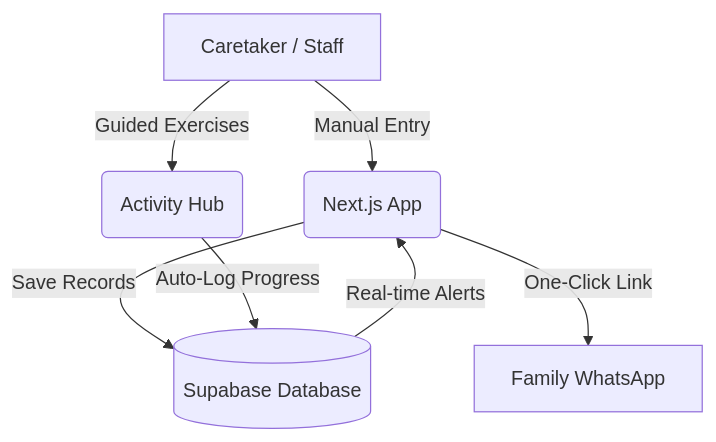
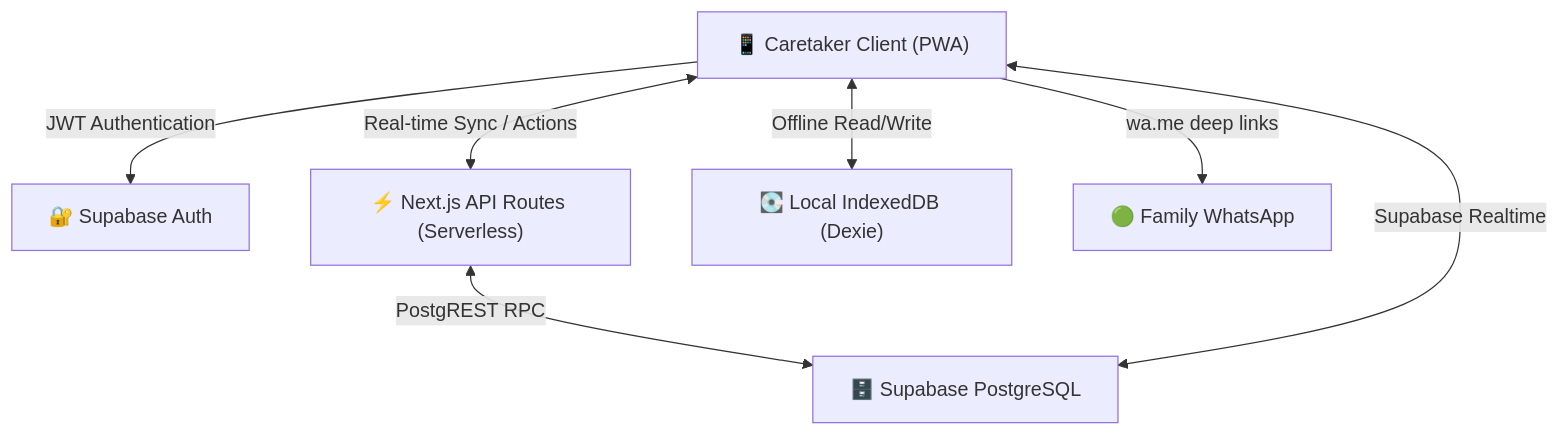
One commit to Aditya1kumbhar/SevaCare changed the diagram in README.md. Above: the diagram before and after it, drawn with Mermaid. The commit also changed other lines of this file and 2 other files, not shown here.

````diff
--- a/README.md
+++ b/README.md
@@ -31,9 +71,15 @@
 ```mermaid
 graph TD
-    A[Caretaker / Staff] -->|Manual Entry| B(Next.js App)
-    A -->|Guided Exercises| C(Activity Hub)
-    B -->|Save Records| D[(Supabase Database)]
-    B -->|One-Click Link| E[Family WhatsApp]
-    C -->|Auto-Log Progress| D
-    D -->|Real-time Alerts| B
+    Client["📱 Caretaker Client (PWA)"] 
+    Auth["🔐 Supabase Auth"]
+    DB["🗄️ Supabase PostgreSQL"]
+    NextJS["⚡ Next.js API Routes (Serverless)"]
+    Dexie["💽 Local IndexedDB (Dexie)"]
+
+    Client <-->|Offline Read/Write| Dexie
+    Client -->|JWT Authentication| Auth
+    Client <-->|Real-time Sync / Actions| NextJS
+    NextJS <-->|PostgREST RPC| DB
+    Client <-->|Supabase Realtime| DB
+    Client -->|wa.me deep links| WhatsApp["🟢 Family WhatsApp"]
 ```
````
